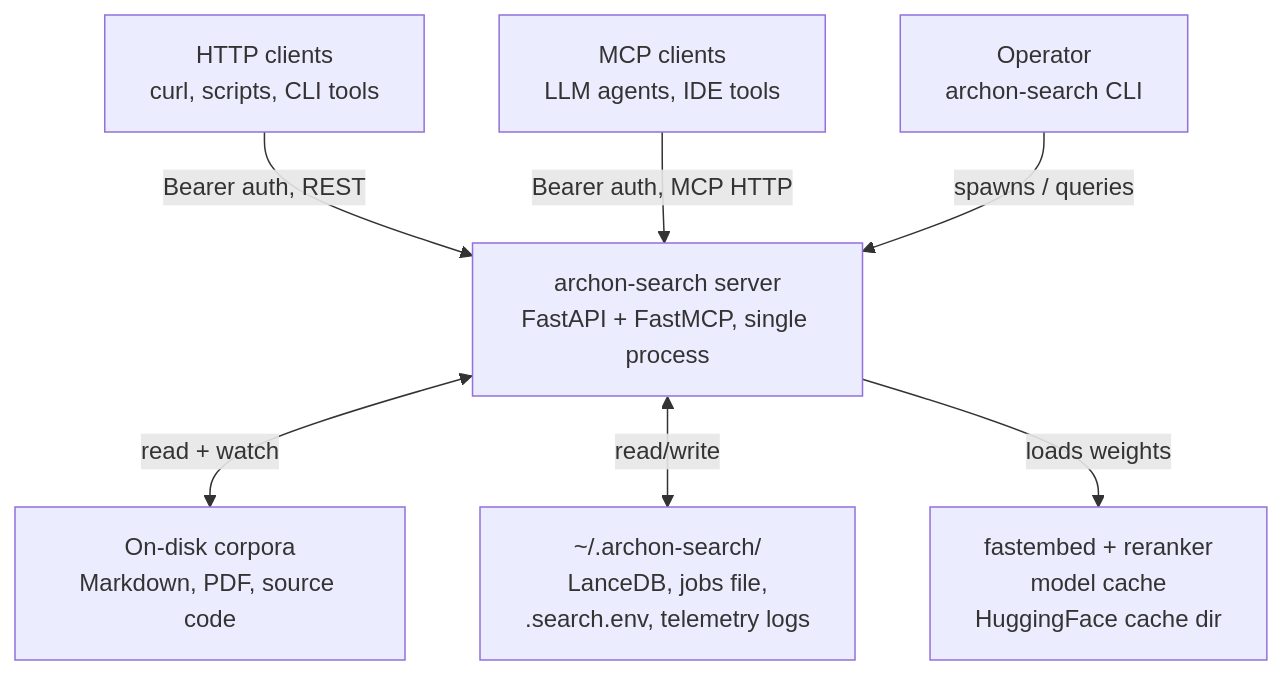
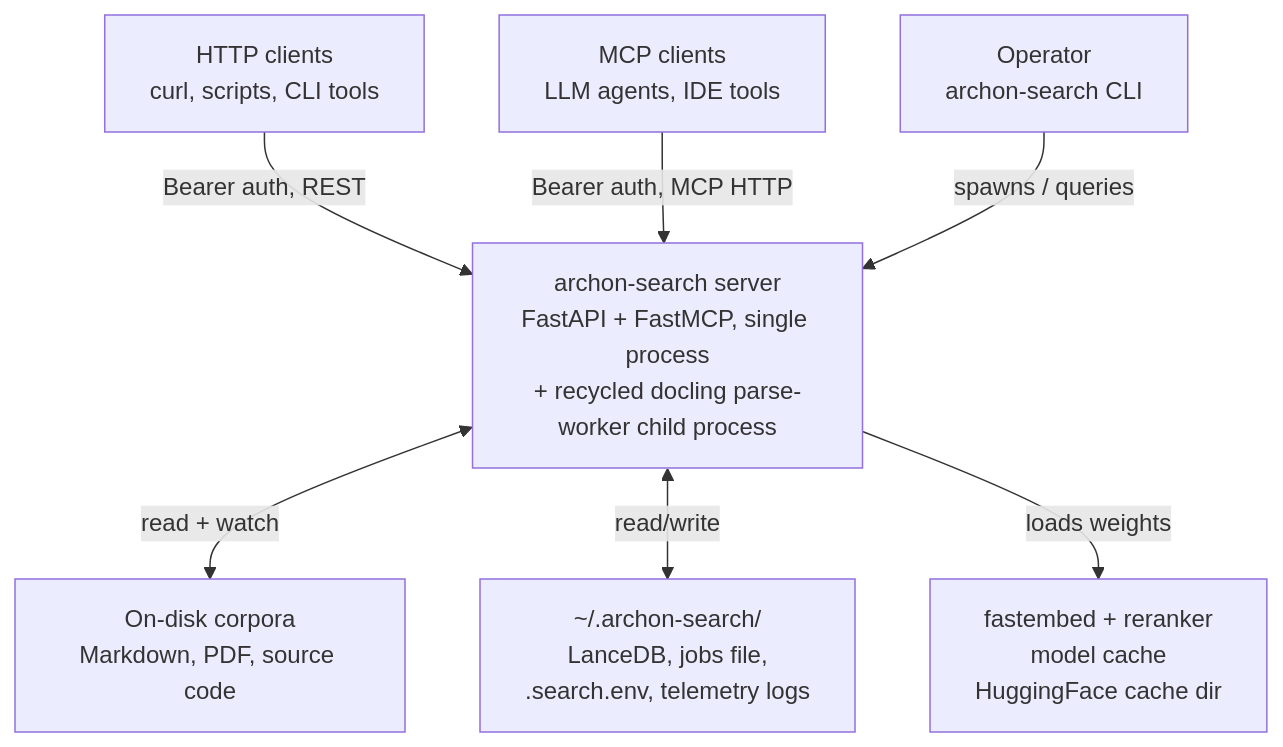
The first of 3 diagrams in Documentation/Architecture/100_system_architecture_overview.md (user538295/archon-search), drawn with Mermaid before and after one commit. The commit also changed 33 other files, not shown here.

First line of the commit message:
fix(parser): bound image-OCR memory with a recycled parse worker

````diff
--- a/Documentation/Architecture/100_system_architecture_overview.md
+++ b/Documentation/Architecture/100_system_architecture_overview.md
@@ -21,19 +21,19 @@
 ```mermaid
 graph TD
     HTTP[HTTP clients<br/>curl, scripts, CLI tools]
     MCP[MCP clients<br/>LLM agents, IDE tools]
     FS[On-disk corpora<br/>Markdown, PDF, source code]
     OP[Operator<br/>archon-search CLI]
 
-    AS[archon-search server<br/>FastAPI + FastMCP, single process]
+    AS[archon-search server<br/>FastAPI + FastMCP, single process<br/>+ recycled docling parse-worker child process]
 
     HOME[~/.archon-search/<br/>LanceDB, jobs file,<br/>.search.env, telemetry logs]
     MODELS[fastembed + reranker<br/>model cache<br/>HuggingFace cache dir]
 
     HTTP -->|Bearer auth, REST| AS
     MCP -->|Bearer auth, MCP HTTP| AS
     OP -->|spawns / queries| AS
     AS <-->|read + watch| FS
     AS <-->|read/write| HOME
     AS -->|loads weights| MODELS
 ```
````
